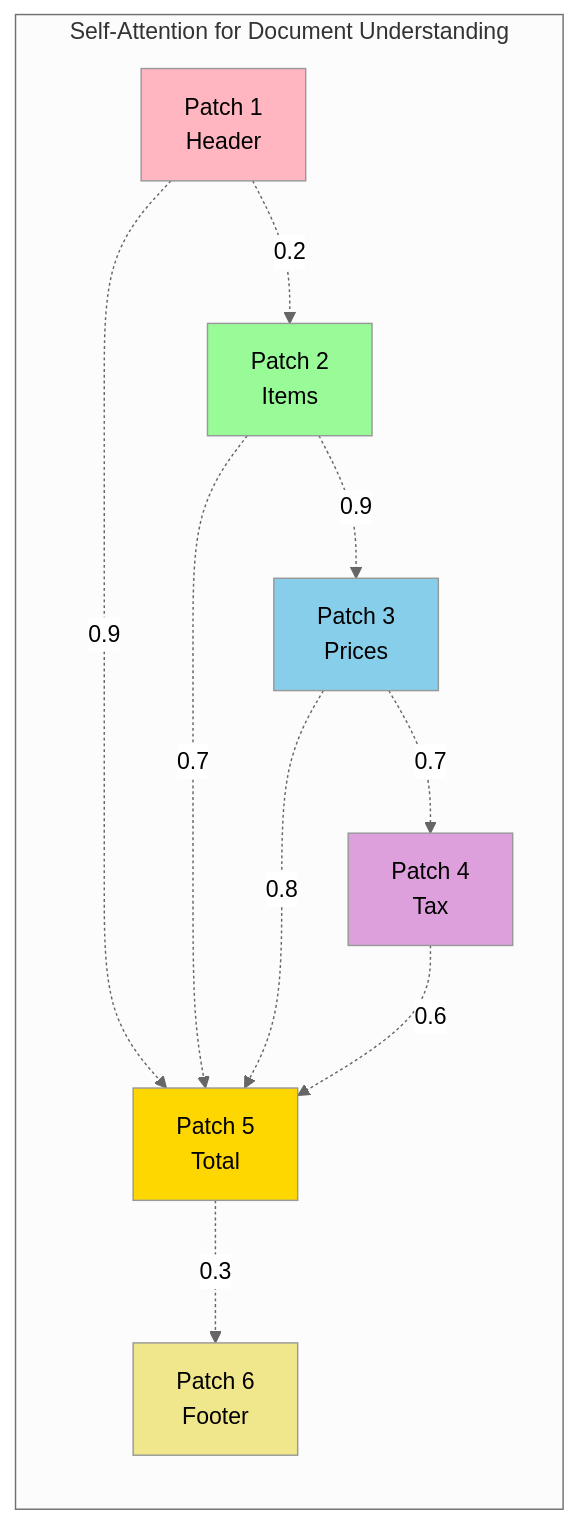
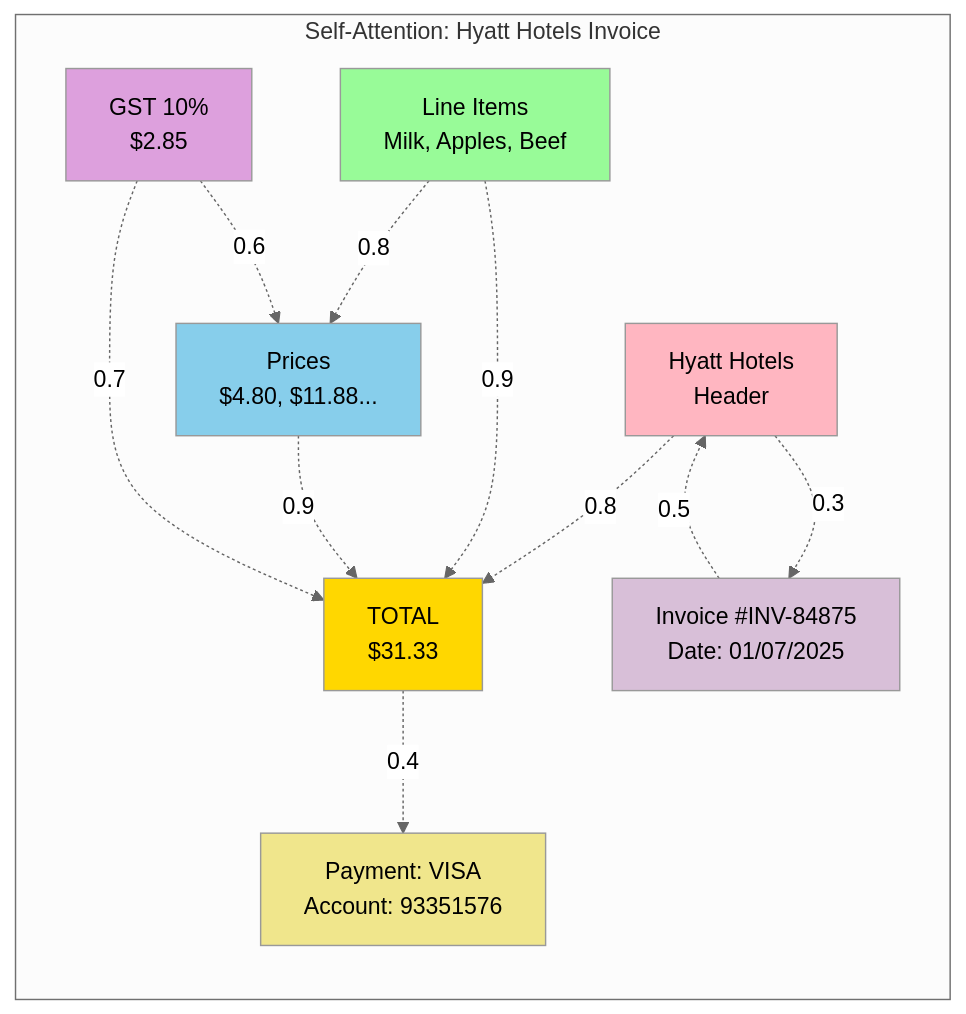
One commit to tmnestor/unified_vision_processor_minimal changed the diagram in presentation_materials/vision_transformers_slides.md. Above: the diagram before and after it, drawn with Mermaid (neutral theme). The commit also changed other lines of this file, not shown here.

Commit message:
✨ feat: update Self-Attention diagram with actual Hyatt Hotels invoice content
- Use real data from synthetic_invoice_014.png
- Show actual invoice elements: Hyatt Hotels, line items, prices, GST, total .33
- Add invoice number and payment details patches
- Update example text to reference specific invoice content
- More concrete and relatable for audience understanding

````diff
--- a/presentation_materials/vision_transformers_slides.md
+++ b/presentation_materials/vision_transformers_slides.md
@@ -248,21 +248,23 @@
 ```mermaid
 graph LR
-    subgraph "Self-Attention for Document Understanding"
-        P1[Patch 1<br/>Header] -.->|0.9| P5[Patch 5<br/>Total]
-        P2[Patch 2<br/>Items] -.->|0.7| P5
-        P3[Patch 3<br/>Prices] -.->|0.8| P5
-        P4[Patch 4<br/>Tax] -.->|0.6| P5
-        P5 -.->|0.3| P6[Patch 6<br/>Footer]
+    subgraph "Self-Attention: Hyatt Hotels Invoice"
+        P1[Hyatt Hotels<br/>Header] -.->|0.8| P5[TOTAL<br/>$31.33]
+        P2[Line Items<br/>Milk, Apples, Beef] -.->|0.9| P5
+        P3[Prices<br/>$4.80, $11.88...] -.->|0.9| P5
+        P4[GST 10%<br/>$2.85] -.->|0.7| P5
+        P5 -.->|0.4| P6[Payment: VISA<br/>Account: 93351576]
         
-        P1 -.->|0.2| P2
-        P2 -.->|0.9| P3
-        P3 -.->|0.7| P4
+        P1 -.->|0.3| P7[Invoice #INV-84875<br/>Date: 01/07/2025]
+        P2 -.->|0.8| P3
+        P4 -.->|0.6| P3
+        P7 -.->|0.5| P1
     end
     
     style P1 fill:#ffb6c1
     style P2 fill:#98fb98
     style P3 fill:#87ceeb
     style P4 fill:#dda0dd
     style P5 fill:#ffd700
     style P6 fill:#f0e68c
+    style P7 fill:#d8bfd8
 ```
````
